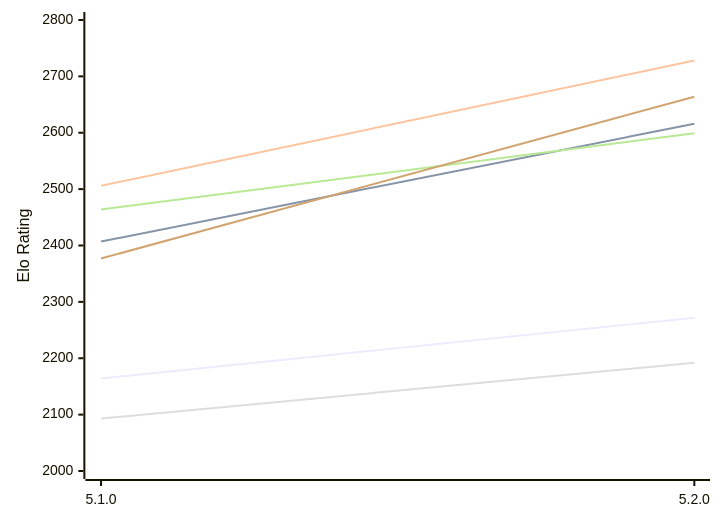
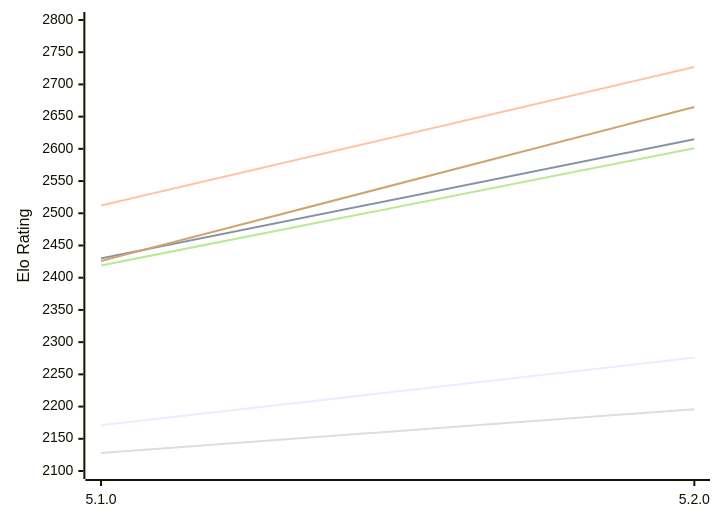
One commit to computer-chess-index/cci changed the first of 2 diagrams in engines/Aconcagua.md. Above: the diagram before and after it, drawn with Mermaid. The commit also changed other lines of this file, not shown here.

Commit message:
Update CCI Ratings (ELO VLTC) - 2026-11-17

````diff
--- a/engines/Aconcagua.md
+++ b/engines/Aconcagua.md
@@ -53,12 +53,12 @@
 ```mermaid
 %%{init: {"theme":"base","themeVariables":{"seriesColors:['#a3a3a3','#222221','#faa371']}}}%%
 xychart-beta
   x-axis ["5.1.0", "5.2.0"]
-  y-axis "Elo Rating" 2000 --> 2800
-  line "E1: STC (8.0+0.08s)" [2164, 2272]
-  line "E1: LTC (60.0+0.60s)" [2407, 2616]
-  line "E1: VLTC (2m24s+1.12s)" [2506, 2728]
-  line "P1: STC (8.0+0.08s)" [2093, 2192]
-  line "P1: LTC (60.0+0.60s)" [2464, 2599]
-  line "P1: VLTC (2m24s+1.12s)" [2377, 2664]
+  y-axis "Elo Rating" 2100 --> 2800
+  line "E1: STC (8.0+0.08s)" [2171, 2276]
+  line "E1: LTC (60.0+0.60s)" [2430, 2615]
+  line "E1: VLTC (2m24s+1.12s)" [2512, 2727]
+  line "P1: STC (8.0+0.08s)" [2128, 2196]
+  line "P1: LTC (60.0+0.60s)" [2419, 2601]
+  line "P1: VLTC (2m24s+1.12s)" [2426, 2665]
 ```
````
